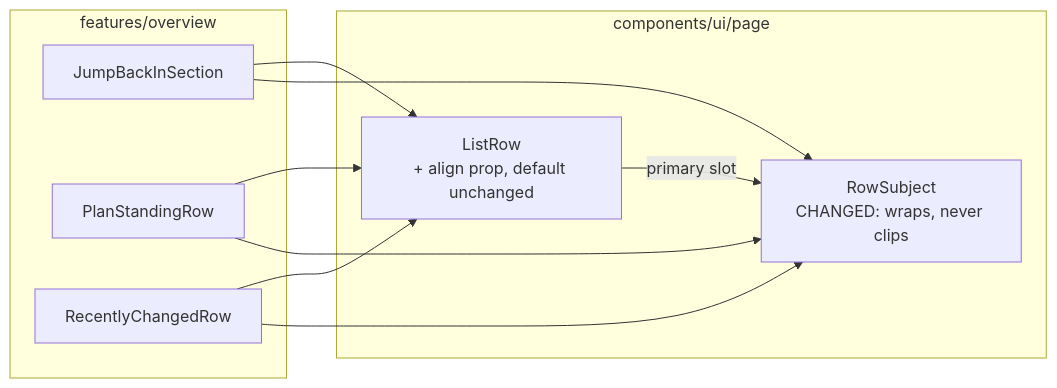
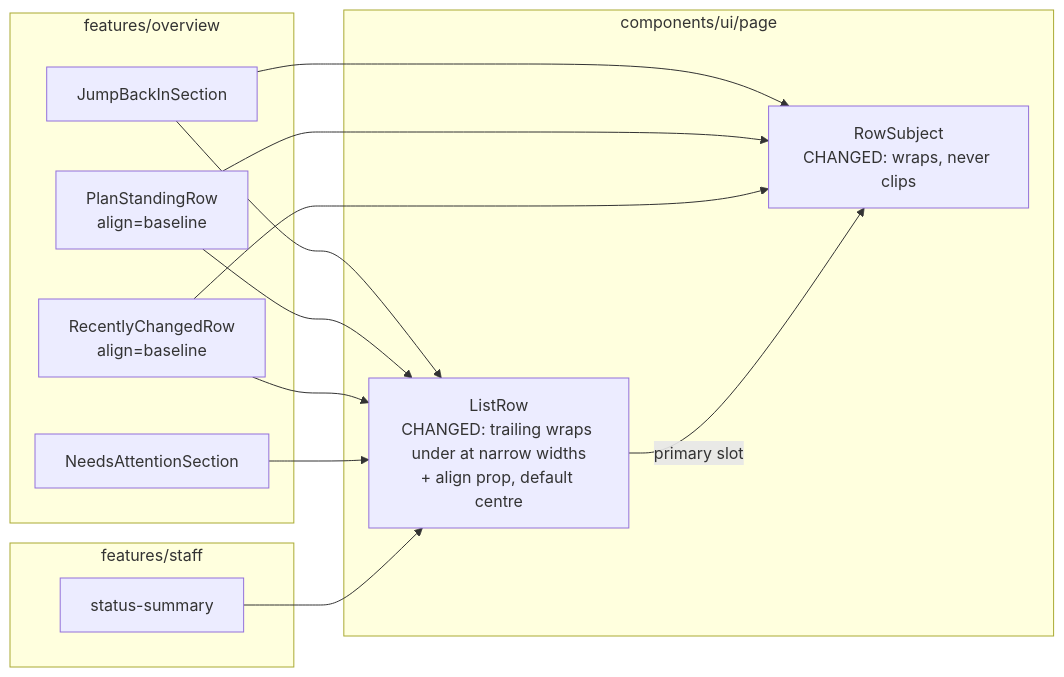
The first of 3 diagrams in docs/specs/row-subject-truncation/feature-spec.md (HuttonHomeHub/SchedulePoint_1), drawn with Mermaid before and after one commit. The commit also changed other lines of this file and 1 other file, not shown here.

First line of the commit message:
docs(docs): approve the row-subject spec after the M0 photographs (#472)

````diff
--- a/docs/specs/row-subject-truncation/feature-spec.md
+++ b/docs/specs/row-subject-truncation/feature-spec.md
@@ -351,19 +313,25 @@
 ```mermaid
 flowchart LR
   subgraph overview["features/overview"]
     JB[JumpBackInSection]
-    PS[PlanStandingRow]
-    RC[RecentlyChangedRow]
+    PS[PlanStandingRow<br/>align=baseline]
+    RC[RecentlyChangedRow<br/>align=baseline]
+    NA[NeedsAttentionSection]
+  end
+  subgraph staff["features/staff"]
+    SS[status-summary]
   end
   subgraph ui["components/ui/page"]
-    LR[ListRow<br/>+ align prop, default unchanged]
+    LR[ListRow<br/>CHANGED: trailing wraps under at narrow widths<br/>+ align prop, default centre]
     RS[RowSubject<br/>CHANGED: wraps, never clips]
   end
   JB --> LR
   PS --> LR
   RC --> LR
+  NA --> LR
+  SS --> LR
   JB --> RS
   PS --> RS
   RC --> RS
   LR -->|primary slot| RS
 ```
````
